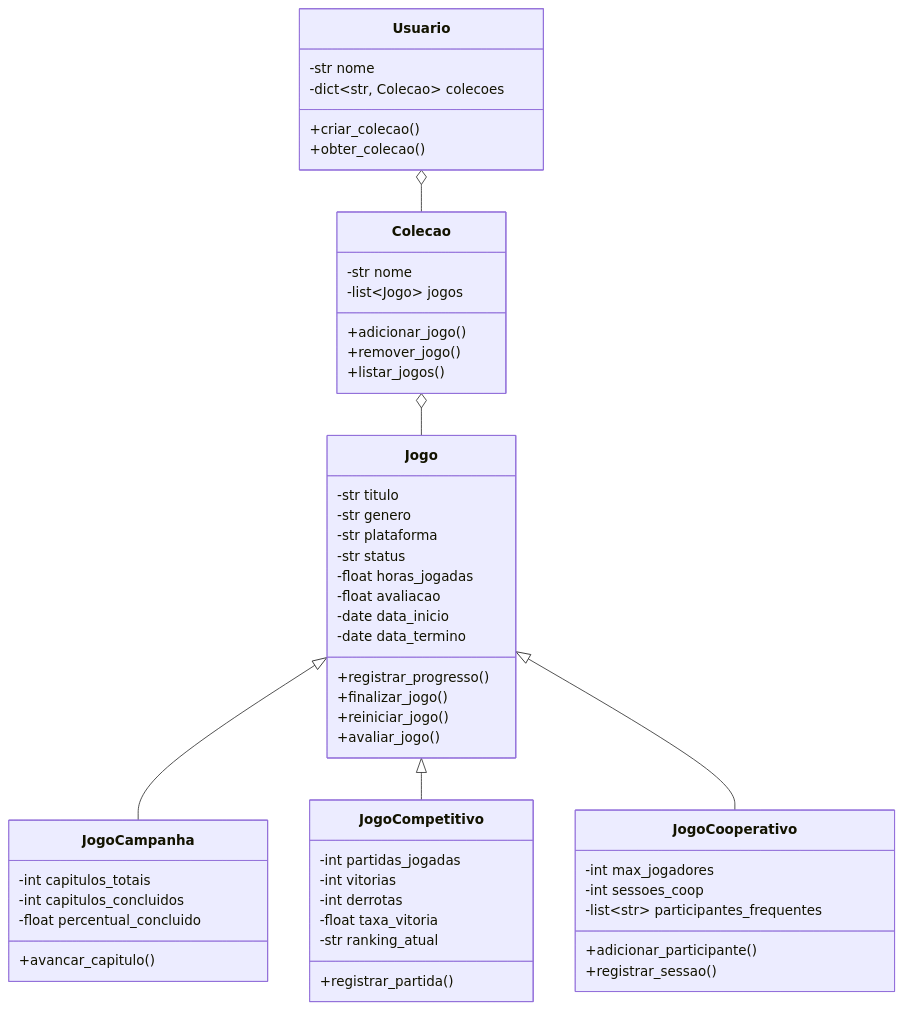
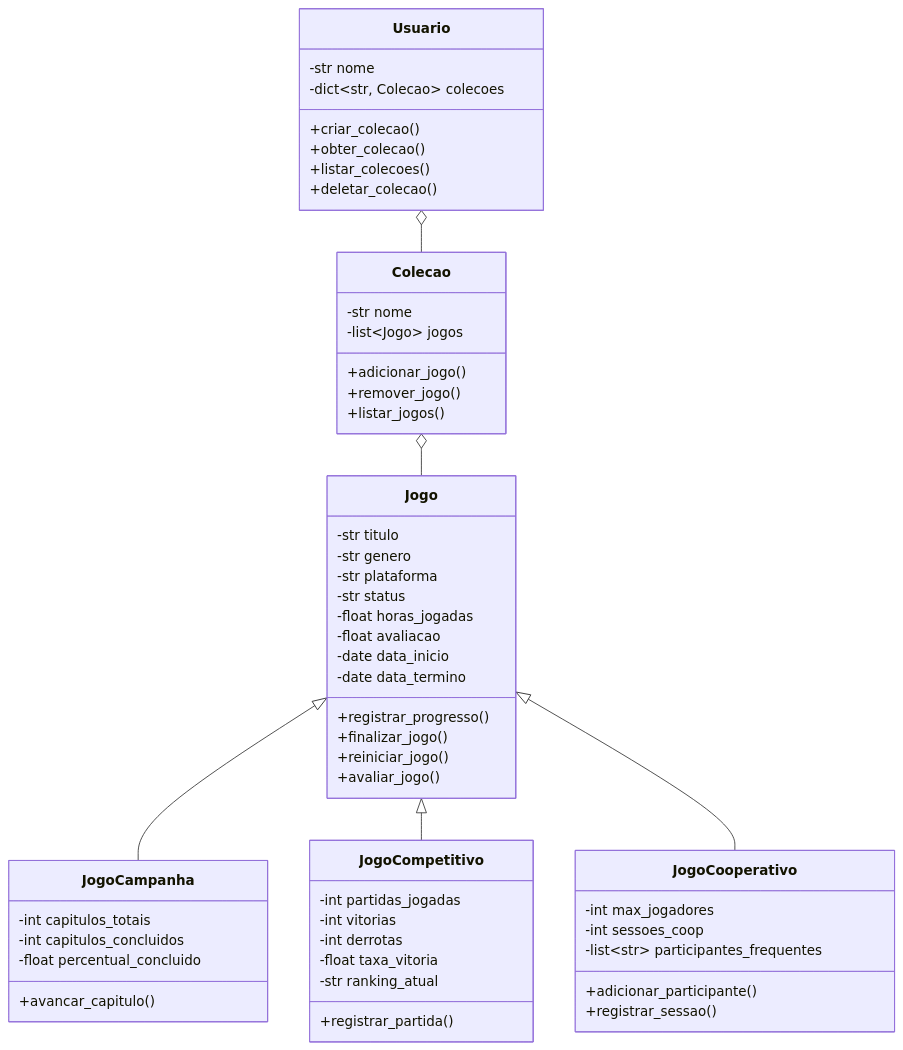
The diagram in docs/diagrama_classes_uml.md (kaue-aps/CatalogoJogosDigitais), drawn with Mermaid before and after one commit.

Commit message:
Adiciona métodos listar_colecoes e deletar_colecao à classe Usuario no diagrama de classes

````diff
--- a/docs/diagrama_classes_uml.md
+++ b/docs/diagrama_classes_uml.md
@@ -3,62 +3,64 @@
 ```mermaid
 classDiagram
     class Jogo {
         -str titulo
         -str genero
         -str plataforma
         -str status
         -float horas_jogadas
         -float avaliacao
         -date data_inicio
         -date data_termino
         +registrar_progresso()
         +finalizar_jogo()
         +reiniciar_jogo()
         +avaliar_jogo()
     }
 
     class JogoCampanha {
         -int capitulos_totais
         -int capitulos_concluidos
         -float percentual_concluido
         +avancar_capitulo()
     }
 
     class JogoCompetitivo {
         -int partidas_jogadas
         -int vitorias
         -int derrotas
         -float taxa_vitoria
         -str ranking_atual
         +registrar_partida()
     }
 
     class JogoCooperativo {
         -int max_jogadores
         -int sessoes_coop
         -list~str~ participantes_frequentes
         +adicionar_participante()
         +registrar_sessao()
     }
 
     class Colecao {
         -str nome
         -list~Jogo~ jogos
         +adicionar_jogo()
         +remover_jogo()
         +listar_jogos()
     }
 
     class Usuario {
         -str nome
         -dict~str, Colecao~ colecoes
         +criar_colecao()
         +obter_colecao()
+        +listar_colecoes()
+        +deletar_colecao()
     }
 
     Jogo <|-- JogoCampanha
     Jogo <|-- JogoCompetitivo
     Jogo <|-- JogoCooperativo
     Colecao o-- Jogo
     Usuario o-- Colecao
 ```
````
